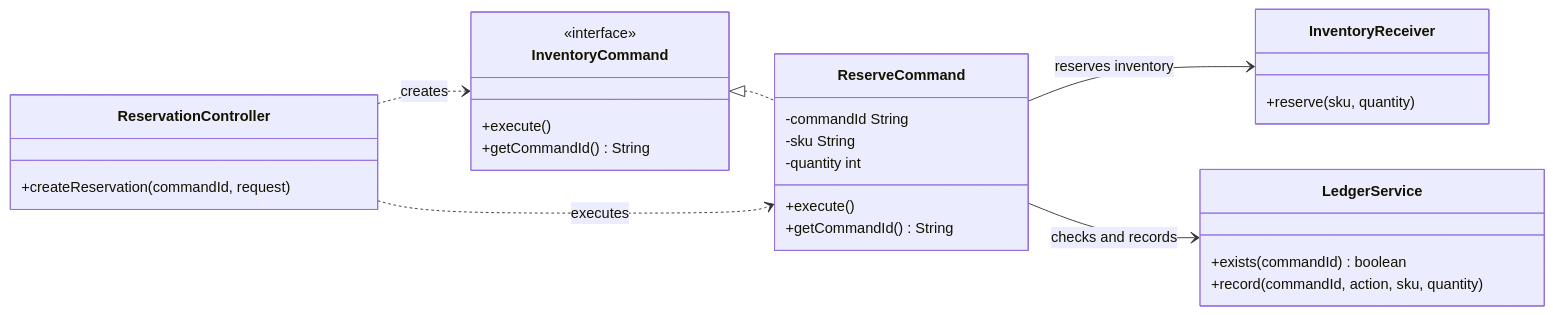
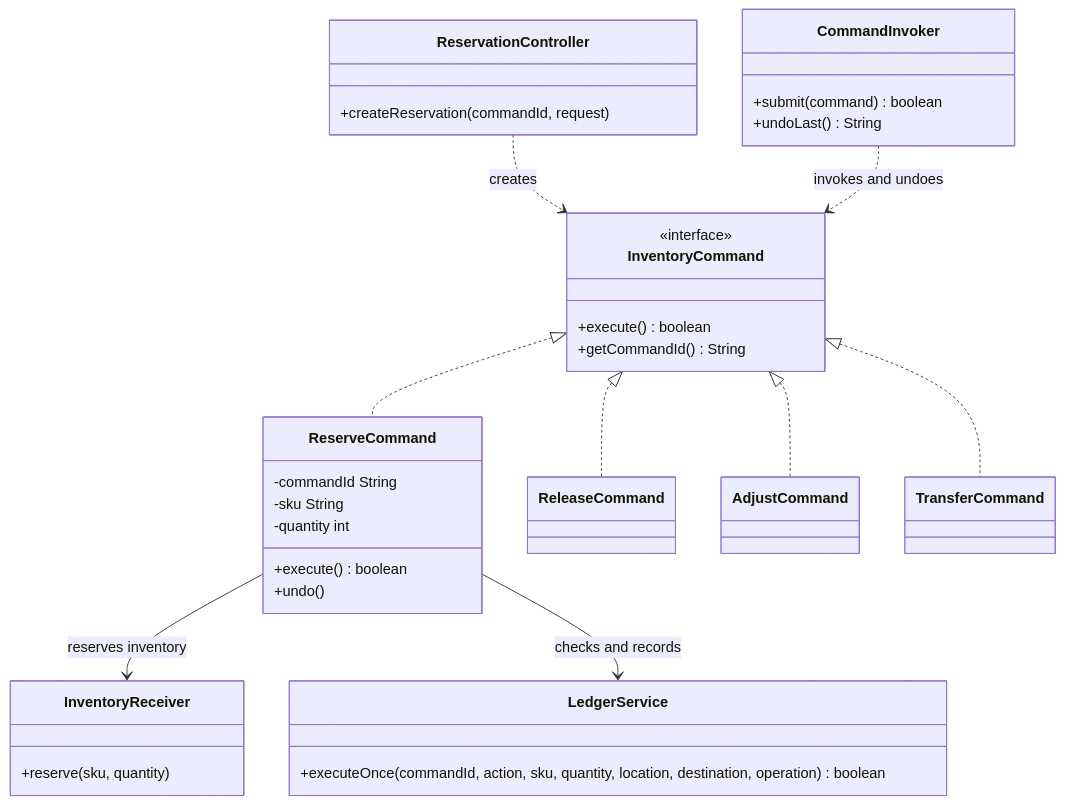
The diagram in logistpulse-command-pattern/README.md (crazylilypad0801/actividadenclase), drawn with Mermaid before and after one commit. The commit also changed other lines of this file and 63 other files, not shown here.

````diff
--- a/logistpulse-command-pattern/README.md
+++ b/logistpulse-command-pattern/README.md
@@ -13,33 +28,40 @@
 ```mermaid
 classDiagram
-    direction LR
-
     class ReservationController {
         +createReservation(commandId, request)
     }
     class InventoryCommand {
         <<interface>>
-        +execute()
+        +execute() boolean
         +getCommandId() String
     }
     class ReserveCommand {
         -commandId String
         -sku String
         -quantity int
-        +execute()
-        +getCommandId() String
+        +execute() boolean
+        +undo()
+    }
+    class ReleaseCommand
+    class AdjustCommand
+    class TransferCommand
+    class CommandInvoker {
+        +submit(command) boolean
+        +undoLast() String
     }
     class InventoryReceiver {
         +reserve(sku, quantity)
     }
     class LedgerService {
-        +exists(commandId) boolean
-        +record(commandId, action, sku, quantity)
+        +executeOnce(commandId, action, sku, quantity, location, destination, operation) boolean
     }
 
     InventoryCommand <|.. ReserveCommand
+    InventoryCommand <|.. ReleaseCommand
+    InventoryCommand <|.. AdjustCommand
+    InventoryCommand <|.. TransferCommand
     ReservationController ..> InventoryCommand : creates
-    ReservationController ..> ReserveCommand : executes
+    CommandInvoker ..> InventoryCommand : invokes and undoes
     ReserveCommand --> InventoryReceiver : reserves inventory
     ReserveCommand --> LedgerService : checks and records
 ```
````
